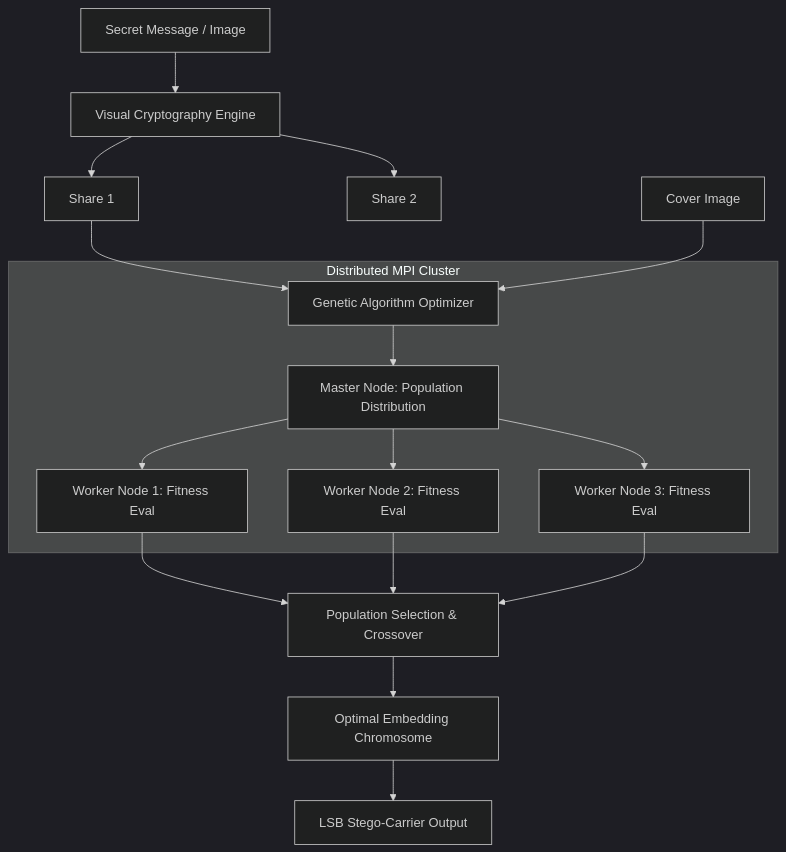
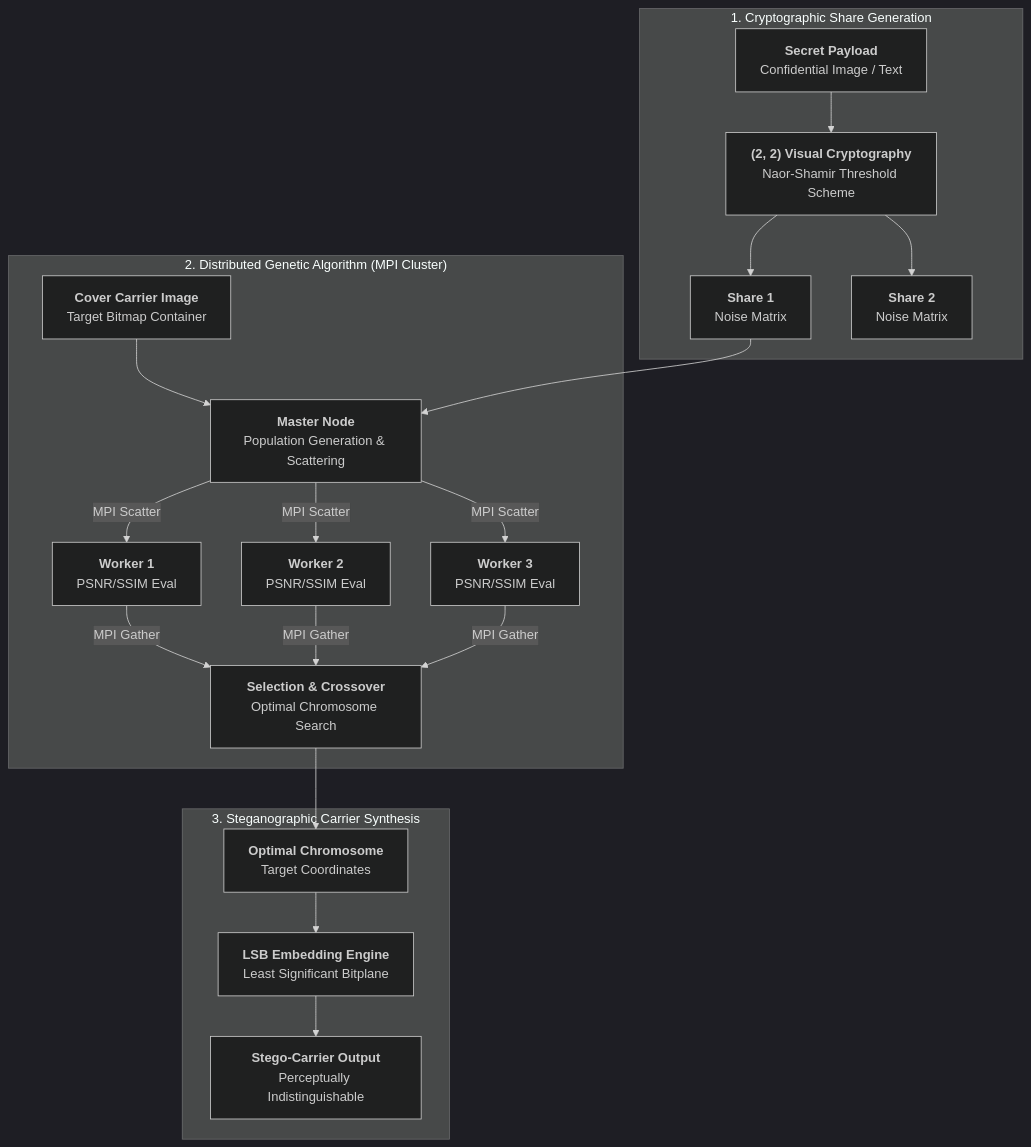
One commit to pranp-official/pranp_dev_site changed the diagram in content/projects/distributed-steganography-mpi.md. Above: the diagram before and after it, drawn with Mermaid (dark theme). The commit also changed 11 other files, not shown here.

Commit message:
feat(diagrams): redesign architectural pipeline diagrams across all project articles

````diff
--- a/content/projects/distributed-steganography-mpi.md
+++ b/content/projects/distributed-steganography-mpi.md
@@ -29,20 +29,23 @@
 ```mermaid
 flowchart TD
-  Secret[Secret Message / Image] --> VC[Visual Cryptography Engine]
-  VC --> Share1[Share 1]
-  VC --> Share2[Share 2]
-  
-  Share1 --> GA[Genetic Algorithm Optimizer]
-  Cover[Cover Image] --> GA
-  
-  subgraph Cluster["Distributed MPI Cluster"]
-    GA --> Master[Master Node: Population Distribution]
-    Master --> W1[Worker Node 1: Fitness Eval]
-    Master --> W2[Worker Node 2: Fitness Eval]
-    Master --> W3[Worker Node 3: Fitness Eval]
+  subgraph Stage1["1. Cryptographic Share Generation"]
+    Secret["<b>Secret Payload</b><br/>Confidential Image / Text"] --> VC["<b>(2, 2) Visual Cryptography</b><br/>Naor-Shamir Threshold Scheme"]
+    VC --> S1["<b>Share 1</b><br/>Noise Matrix"]
+    VC --> S2["<b>Share 2</b><br/>Noise Matrix"]
   end
-  
-  W1 & W2 & W3 --> Agg[Population Selection & Crossover]
-  Agg --> BestGene[Optimal Embedding Chromosome]
-  BestGene --> Stego[LSB Stego-Carrier Output]
+
+  subgraph Stage2["2. Distributed Genetic Algorithm (MPI Cluster)"]
+    Cover["<b>Cover Carrier Image</b><br/>Target Bitmap Container"] --> Master
+    S1 --> Master["<b>Master Node</b><br/>Population Generation & Scattering"]
+    Master -->|"MPI Scatter"| W1["<b>Worker 1</b><br/>PSNR/SSIM Eval"]
+    Master -->|"MPI Scatter"| W2["<b>Worker 2</b><br/>PSNR/SSIM Eval"]
+    Master -->|"MPI Scatter"| W3["<b>Worker 3</b><br/>PSNR/SSIM Eval"]
+    W1 & W2 & W3 -->|"MPI Gather"| Agg["<b>Selection & Crossover</b><br/>Optimal Chromosome Search"]
+  end
+
+  subgraph Stage3["3. Steganographic Carrier Synthesis"]
+    Agg --> BestGene["<b>Optimal Chromosome</b><br/>Target Coordinates"]
+    BestGene --> LSB["<b>LSB Embedding Engine</b><br/>Least Significant Bitplane"]
+    LSB --> Stego["<b>Stego-Carrier Output</b><br/>Perceptually Indistinguishable"]
+  end
 ```
````
